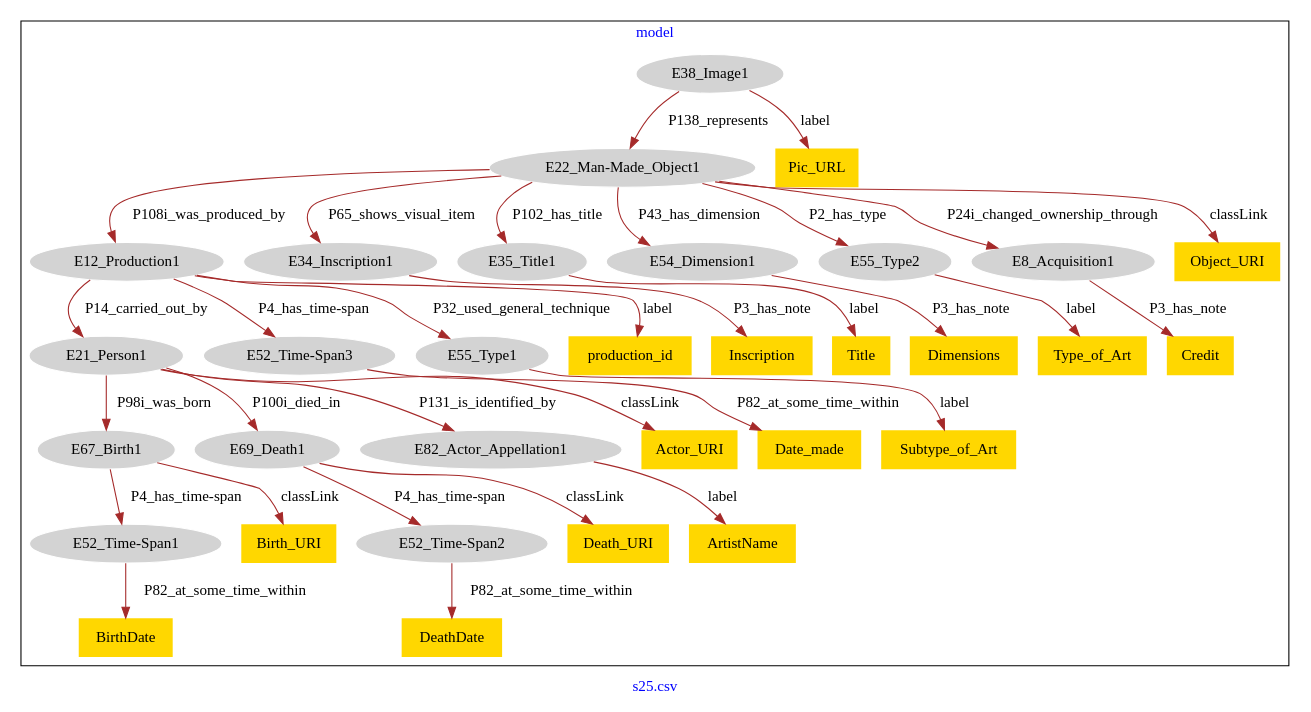
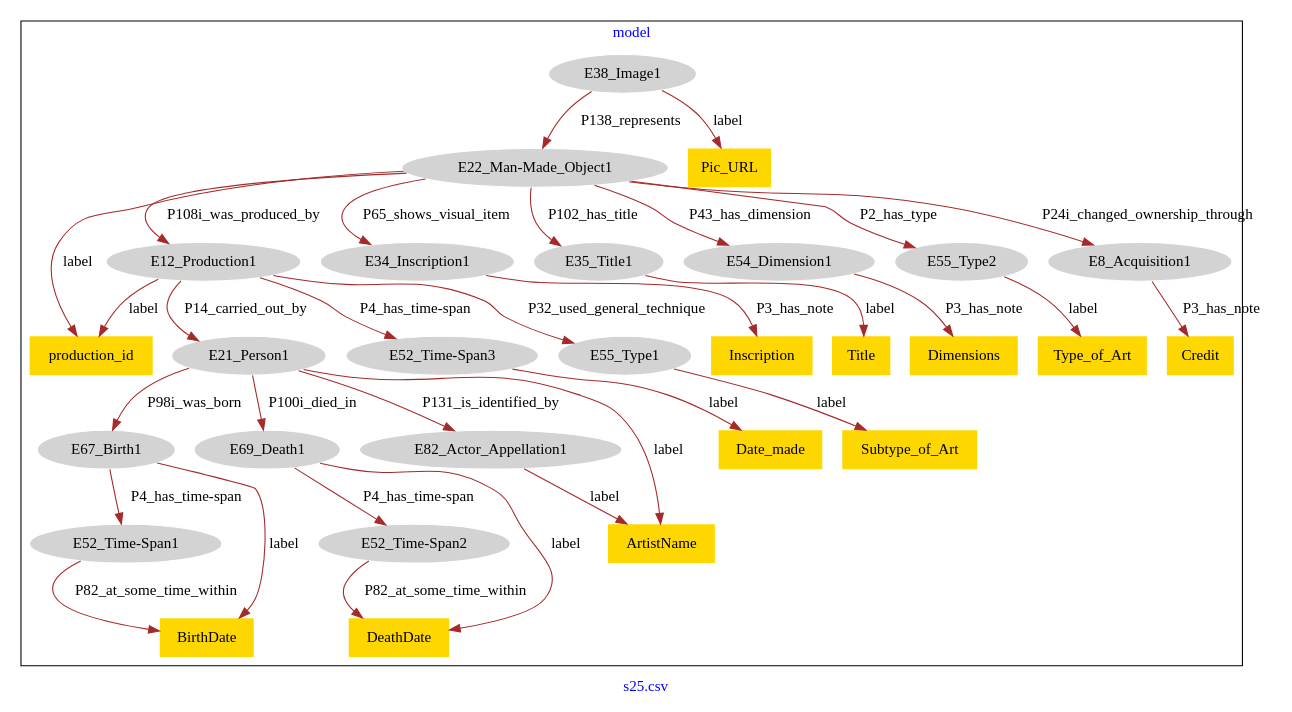
One commit to Zaiwen/ModelCorrection_Jiakang_XU changed the diagram in DataSets/museum-crm/models-graphviz/s25.csv.model.dot. Above: the diagram before and after it, drawn with Graphviz. The commit also changed 67 other files, not shown here.

```diff
--- a/DataSets/museum-crm/models-graphviz/s25.csv.model.dot
+++ b/DataSets/museum-crm/models-graphviz/s25.csv.model.dot
@@ -1,71 +1,67 @@
 digraph n0 {
 fontcolor="blue"
 remincross="true"
 label="s25.csv"
 subgraph cluster {
 label="model"
 n2[style="filled",color="white",fillcolor="lightgray",label="E12_Production1"];
 n3[style="filled",color="white",fillcolor="lightgray",label="E21_Person1"];
 n4[style="filled",color="white",fillcolor="lightgray",label="E52_Time-Span3"];
 n5[style="filled",color="white",fillcolor="lightgray",label="E55_Type1"];
 n6[style="filled",color="white",fillcolor="lightgray",label="E67_Birth1"];
 n7[style="filled",color="white",fillcolor="lightgray",label="E69_Death1"];
 n8[style="filled",color="white",fillcolor="lightgray",label="E82_Actor_Appellation1"];
 n9[style="filled",color="white",fillcolor="lightgray",label="E22_Man-Made_Object1"];
 n10[style="filled",color="white",fillcolor="lightgray",label="E34_Inscription1"];
 n11[style="filled",color="white",fillcolor="lightgray",label="E35_Title1"];
 n12[style="filled",color="white",fillcolor="lightgray",label="E54_Dimension1"];
 n13[style="filled",color="white",fillcolor="lightgray",label="E55_Type2"];
 n14[style="filled",color="white",fillcolor="lightgray",label="E8_Acquisition1"];
 n15[style="filled",color="white",fillcolor="lightgray",label="E38_Image1"];
 n16[style="filled",color="white",fillcolor="lightgray",label="E52_Time-Span1"];
 n17[style="filled",color="white",fillcolor="lightgray",label="E52_Time-Span2"];
-n18[shape="plaintext",style="filled",fillcolor="gold",label="Object_URI"];
-n19[shape="plaintext",style="filled",fillcolor="gold",label="Dimensions"];
-n20[shape="plaintext",style="filled",fillcolor="gold",label="Pic_URL"];
-n21[shape="plaintext",style="filled",fillcolor="gold",label="Inscription"];
-n22[shape="plaintext",style="filled",fillcolor="gold",label="ArtistName"];
-n23[shape="plaintext",style="filled",fillcolor="gold",label="Credit"];
-n24[shape="plaintext",style="filled",fillcolor="gold",label="Date_made"];
-n25[shape="plaintext",style="filled",fillcolor="gold",label="Birth_URI"];
-n26[shape="plaintext",style="filled",fillcolor="gold",label="Title"];
-n27[shape="plaintext",style="filled",fillcolor="gold",label="Type_of_Art"];
-n28[shape="plaintext",style="filled",fillcolor="gold",label="Death_URI"];
-n29[shape="plaintext",style="filled",fillcolor="gold",label="Subtype_of_Art"];
-n30[shape="plaintext",style="filled",fillcolor="gold",label="production_id"];
-n31[shape="plaintext",style="filled",fillcolor="gold",label="DeathDate"];
-n32[shape="plaintext",style="filled",fillcolor="gold",label="BirthDate"];
-n33[shape="plaintext",style="filled",fillcolor="gold",label="Actor_URI"];
+n18[shape="plaintext",style="filled",fillcolor="gold",label="Type_of_Art"];
+n19[shape="plaintext",style="filled",fillcolor="gold",label="Subtype_of_Art"];
+n20[shape="plaintext",style="filled",fillcolor="gold",label="Title"];
+n21[shape="plaintext",style="filled",fillcolor="gold",label="Credit"];
+n22[shape="plaintext",style="filled",fillcolor="gold",label="Date_made"];
+n23[shape="plaintext",style="filled",fillcolor="gold",label="Inscription"];
+n24[shape="plaintext",style="filled",fillcolor="gold",label="ArtistName"];
+n25[shape="plaintext",style="filled",fillcolor="gold",label="Dimensions"];
+n26[shape="plaintext",style="filled",fillcolor="gold",label="Pic_URL"];
+n27[shape="plaintext",style="filled",fillcolor="gold",label="DeathDate"];
+n28[shape="plaintext",style="filled",fillcolor="gold",label="BirthDate"];
+n29[shape="plaintext",style="filled",fillcolor="gold",label="production_id"];
 }
 n2 -> n3[color="brown",fontcolor="black",label="P14_carried_out_by"]
 n2 -> n4[color="brown",fontcolor="black",label="P4_has_time-span"]
 n2 -> n5[color="brown",fontcolor="black",label="P32_used_general_technique"]
 n3 -> n6[color="brown",fontcolor="black",label="P98i_was_born"]
 n3 -> n7[color="brown",fontcolor="black",label="P100i_died_in"]
 n3 -> n8[color="brown",fontcolor="black",label="P131_is_identified_by"]
 n9 -> n2[color="brown",fontcolor="black",label="P108i_was_produced_by"]
 n9 -> n10[color="brown",fontcolor="black",label="P65_shows_visual_item"]
 n9 -> n11[color="brown",fontcolor="black",label="P102_has_title"]
 n9 -> n12[color="brown",fontcolor="black",label="P43_has_dimension"]
 n9 -> n13[color="brown",fontcolor="black",label="P2_has_type"]
 n9 -> n14[color="brown",fontcolor="black",label="P24i_changed_ownership_through"]
 n15 -> n9[color="brown",fontcolor="black",label="P138_represents"]
 n6 -> n16[color="brown",fontcolor="black",label="P4_has_time-span"]
 n7 -> n17[color="brown",fontcolor="black",label="P4_has_time-span"]
-n9 -> n18[color="brown",fontcolor="black",label="classLink"]
-n12 -> n19[color="brown",fontcolor="black",label="P3_has_note"]
-n15 -> n20[color="brown",fontcolor="black",label="label"]
-n10 -> n21[color="brown",fontcolor="black",label="P3_has_note"]
-n8 -> n22[color="brown",fontcolor="black",label="label"]
-n14 -> n23[color="brown",fontcolor="black",label="P3_has_note"]
-n4 -> n24[color="brown",fontcolor="black",label="P82_at_some_time_within"]
-n6 -> n25[color="brown",fontcolor="black",label="classLink"]
-n11 -> n26[color="brown",fontcolor="black",label="label"]
-n13 -> n27[color="brown",fontcolor="black",label="label"]
-n7 -> n28[color="brown",fontcolor="black",label="classLink"]
-n5 -> n29[color="brown",fontcolor="black",label="label"]
-n2 -> n30[color="brown",fontcolor="black",label="label"]
-n17 -> n31[color="brown",fontcolor="black",label="P82_at_some_time_within"]
-n16 -> n32[color="brown",fontcolor="black",label="P82_at_some_time_within"]
-n3 -> n33[color="brown",fontcolor="black",label="classLink"]
+n13 -> n18[color="brown",fontcolor="black",label="label"]
+n5 -> n19[color="brown",fontcolor="black",label="label"]
+n11 -> n20[color="brown",fontcolor="black",label="label"]
+n14 -> n21[color="brown",fontcolor="black",label="P3_has_note"]
+n4 -> n22[color="brown",fontcolor="black",label="label"]
+n10 -> n23[color="brown",fontcolor="black",label="P3_has_note"]
+n3 -> n24[color="brown",fontcolor="black",label="label"]
+n12 -> n25[color="brown",fontcolor="black",label="P3_has_note"]
+n15 -> n26[color="brown",fontcolor="black",label="label"]
+n7 -> n27[color="brown",fontcolor="black",label="label"]
+n6 -> n28[color="brown",fontcolor="black",label="label"]
+n2 -> n29[color="brown",fontcolor="black",label="label"]
+n16 -> n28[color="brown",fontcolor="black",label="P82_at_some_time_within"]
+n8 -> n24[color="brown",fontcolor="black",label="label"]
+n9 -> n29[color="brown",fontcolor="black",label="label"]
+n17 -> n27[color="brown",fontcolor="black",label="P82_at_some_time_within"]
 }
```
